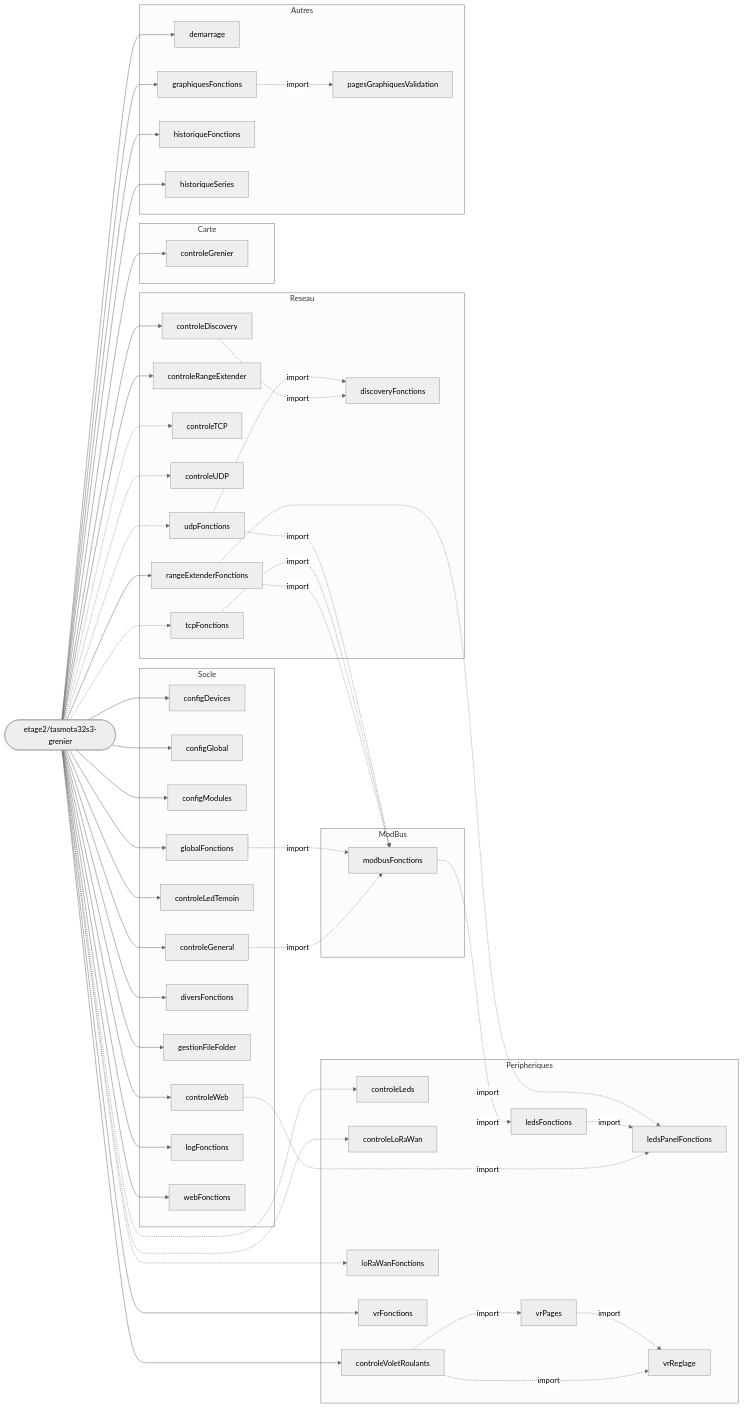
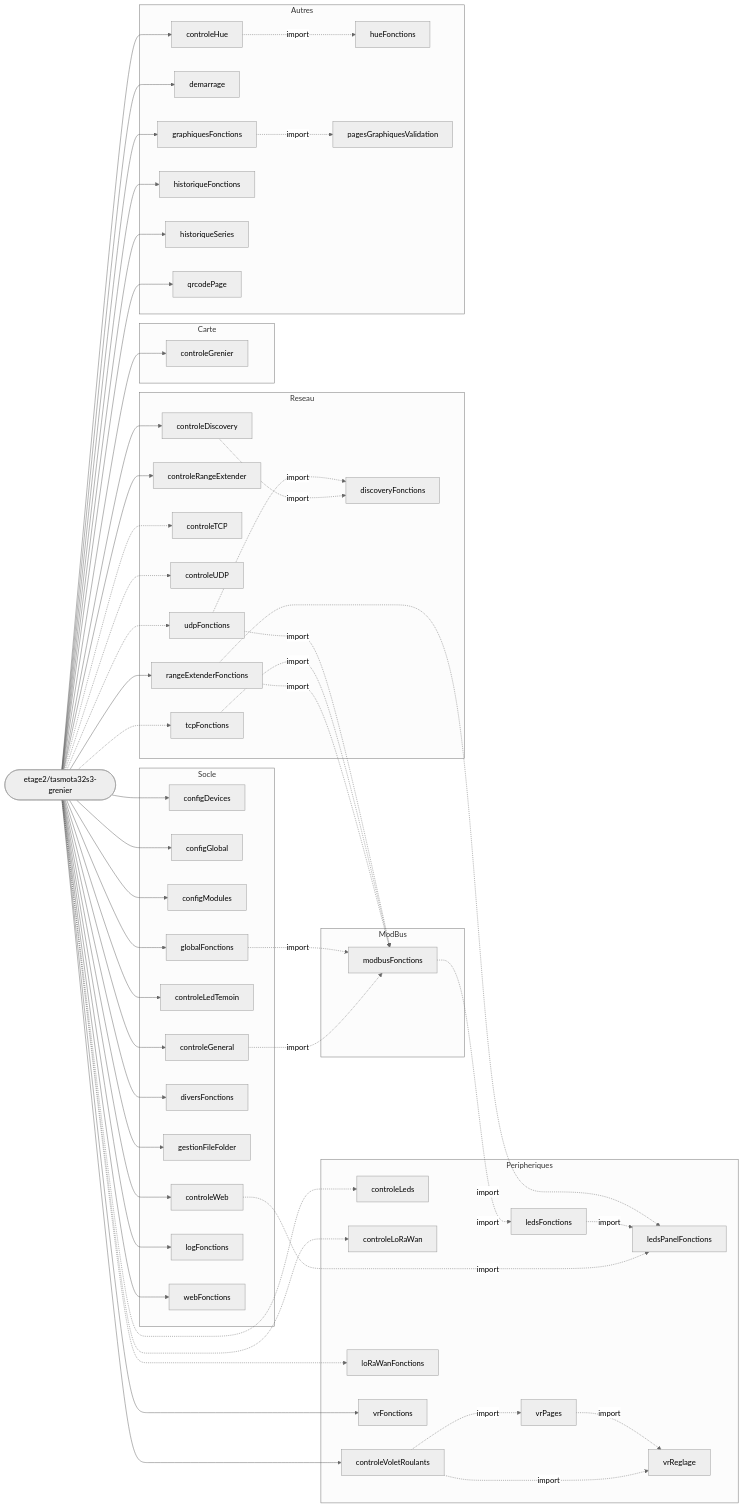
Before and after one commit to fdaubercy/Tasmota: the seventh of 16 diagrams in outils_docs/CARTE_MODULES_BERRY.md, drawn with Mermaid (neutral theme). The commit also changed other lines of this file and 7 other files, not shown here.

````diff
--- a/outils_docs/CARTE_MODULES_BERRY.md
+++ b/outils_docs/CARTE_MODULES_BERRY.md
@@ -718,11 +760,14 @@
         m_controleGrenier["controleGrenier"]
     end
     subgraph g_Autres["Autres"]
+        m_controleHue["controleHue"]
         m_demarrage["demarrage"]
         m_graphiquesFonctions["graphiquesFonctions"]
         m_historiqueFonctions["historiqueFonctions"]
         m_historiqueSeries["historiqueSeries"]
+        m_hueFonctions["hueFonctions"]
         m_pagesGraphiquesValidation["pagesGraphiquesValidation"]
+        m_qrcodePage["qrcodePage"]
     end
     CARTE --> m_configDevices
     CARTE --> m_configGlobal
@@ -762,9 +807,12 @@
     m_controleVoletRoulants -.->|import| m_vrReglage
     m_vrPages -.->|import| m_vrReglage
     CARTE --> m_controleGrenier
+    CARTE --> m_controleHue
     CARTE --> m_demarrage
     CARTE --> m_graphiquesFonctions
     CARTE --> m_historiqueFonctions
     CARTE --> m_historiqueSeries
+    m_controleHue -.->|import| m_hueFonctions
     m_graphiquesFonctions -.->|import| m_pagesGraphiquesValidation
+    CARTE --> m_qrcodePage
 ```
````
